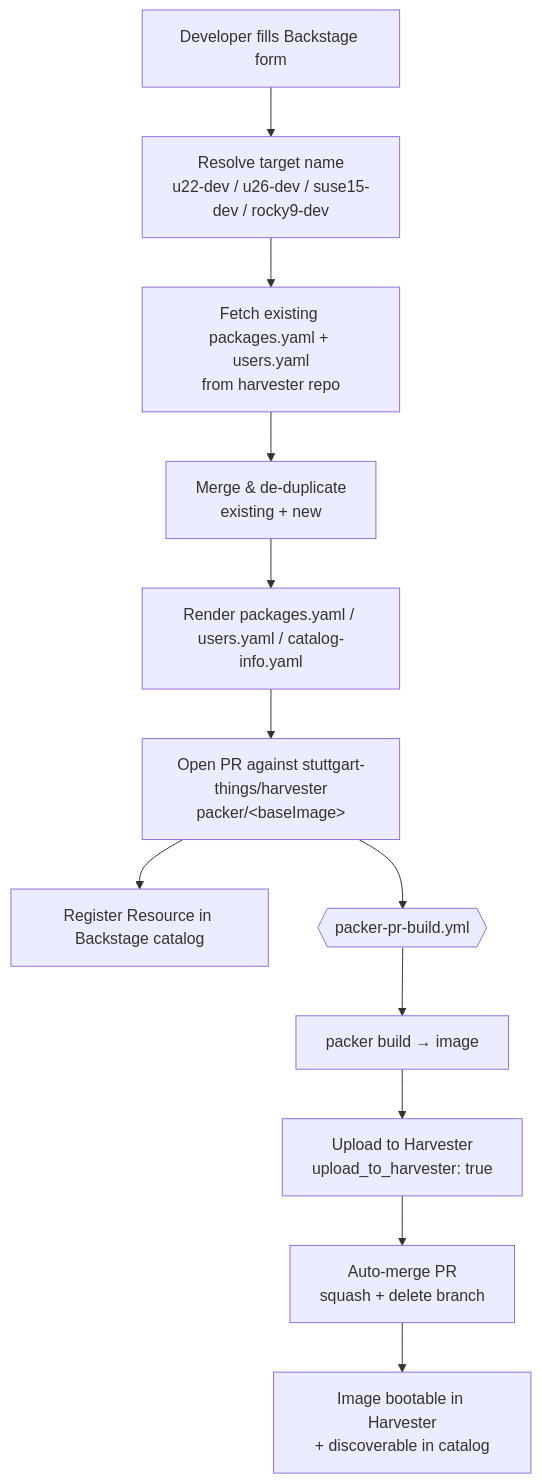
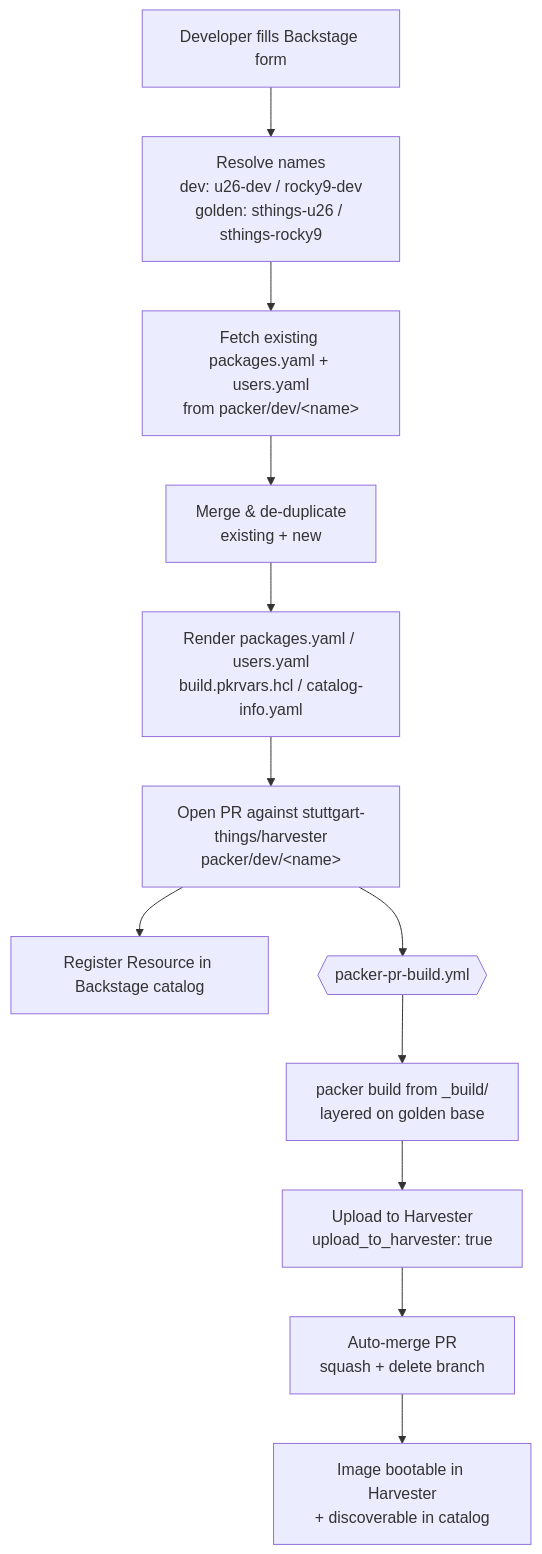
The diagram in templates/harvester-packer-devimage/README.md (stuttgart-things/backstage-resources), drawn with Mermaid before and after one commit. The commit also changed other lines of this file and 8 other files, not shown here.

First line of the commit message:
feat(packer-templates): realign dev/admin templates to golden/dev layout

````diff
--- a/templates/harvester-packer-devimage/README.md
+++ b/templates/harvester-packer-devimage/README.md
@@ -18,14 +20,14 @@
 ```mermaid
 flowchart TD
-    A[Developer fills Backstage form] --> B[Resolve target name<br/>u22-dev / u26-dev / suse15-dev / rocky9-dev]
-    B --> C[Fetch existing packages.yaml + users.yaml<br/>from harvester repo]
+    A[Developer fills Backstage form] --> B[Resolve names<br/>dev: u26-dev / rocky9-dev<br/>golden: sthings-u26 / sthings-rocky9]
+    B --> C[Fetch existing packages.yaml + users.yaml<br/>from packer/dev/&lt;name&gt;]
     C --> D[Merge & de-duplicate<br/>existing + new]
-    D --> E[Render packages.yaml / users.yaml / catalog-info.yaml]
-    E --> F[Open PR against stuttgart-things/harvester<br/>packer/&lt;baseImage&gt;]
+    D --> E[Render packages.yaml / users.yaml<br/>build.pkrvars.hcl / catalog-info.yaml]
+    E --> F[Open PR against stuttgart-things/harvester<br/>packer/dev/&lt;name&gt;]
     F --> G[Register Resource in Backstage catalog]
     F --> H{{packer-pr-build.yml}}
-    H --> I[packer build → image]
+    H --> I[packer build from _build/<br/>layered on golden base]
     I --> J[Upload to Harvester<br/>upload_to_harvester: true]
     J --> K[Auto-merge PR<br/>squash + delete branch]
     K --> L[Image bootable in Harvester<br/>+ discoverable in catalog]
 ```
````
